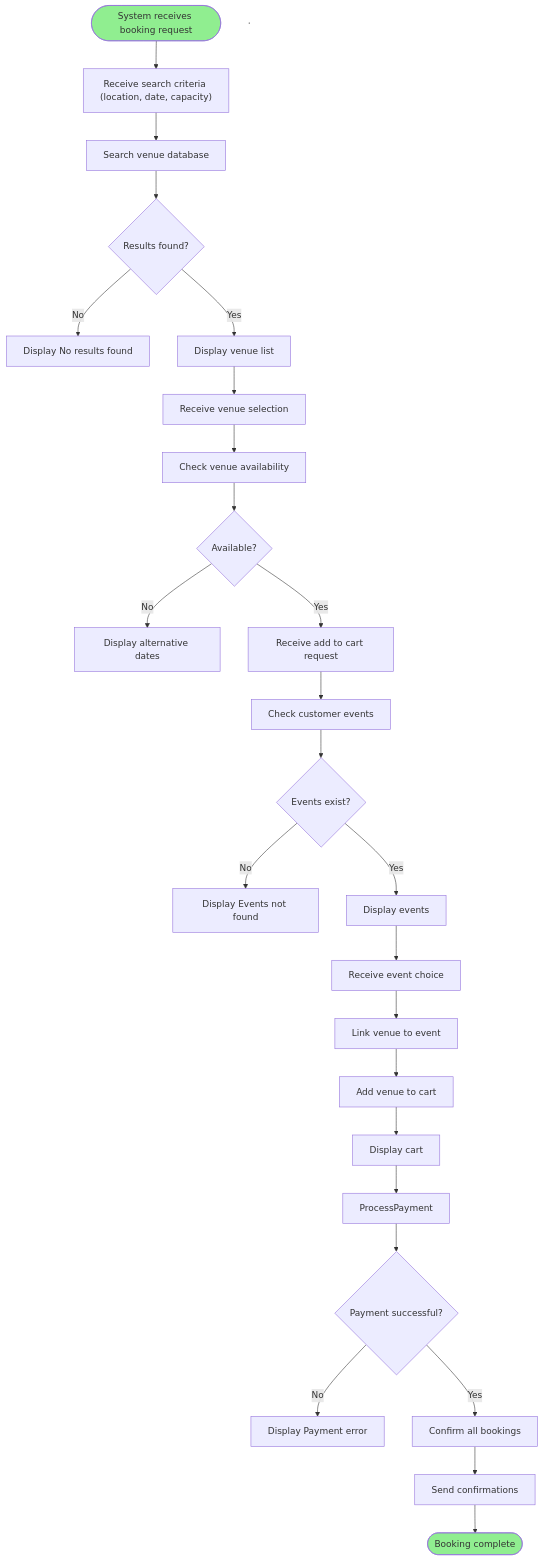
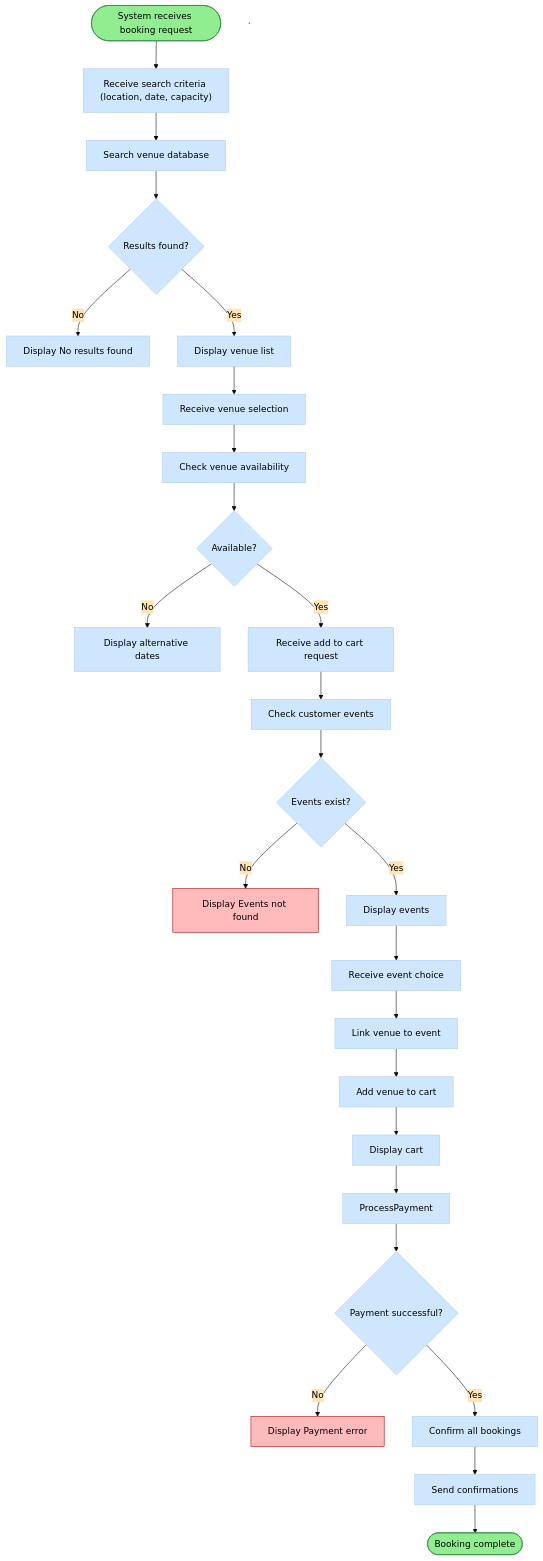
Before and after one commit to joue-zero/grad-project: the diagram in Venue_booking/Activity_Diagrame/venue_booking_activity_final.mmd, drawn with Mermaid. The commit also changed 66 other files, not shown here.

```diff
--- a/Venue_booking/Activity_Diagrame/venue_booking_activity_final.mmd
+++ b/Venue_booking/Activity_Diagrame/venue_booking_activity_final.mmd
@@ -1,30 +1,36 @@
+%%{ init: { 'theme': 'base', 'flowchart': { 'fontSize': 25 }, 'themeVariables': { 'primaryColor': '#CEE7FF', 'secondaryColor': '#FFE5B4', 'tertiaryColor': '#E2F0CB', 'primaryTextColor': '#000000' } } }%%
 flowchart TD
     Start(["System receives booking request"]) --> ReceiveSearch["Receive search criteria (location, date, capacity)"]
     ReceiveSearch --> SearchVenues["Search venue database"]
     SearchVenues --> HasResults{"Results found?"}
     HasResults -- No --> NoResults["Display No results found"]
     HasResults -- Yes --> DisplayVenues["Display venue list"]
     DisplayVenues --> ReceiveSelection["Receive venue selection"]
     ReceiveSelection --> CheckAvailability["Check venue availability"]
     CheckAvailability --> IsAvailable{"Available?"}
     IsAvailable -- No --> DisplayAlternatives["Display alternative dates"]
     IsAvailable -- Yes --> ReceiveAddToCart["Receive add to cart request"]
     ReceiveAddToCart --> CheckCustomerEvents["Check customer events"]
     CheckCustomerEvents --> HasEvents{"Events exist?"}
     HasEvents -- No --> EventsNotFound["Display Events not found"]
     HasEvents -- Yes --> DisplayEventOptions["Display events"]
     DisplayEventOptions --> ReceiveEventChoice["Receive event choice"]
     ReceiveEventChoice --> LinkToEvent["Link venue to event"]
     LinkToEvent --> AddToCart["Add venue to cart"]
     AddToCart --> DisplayCart["Display cart"]
     DisplayCart --> ProcessPayment
     ProcessPayment --> PaymentResult{"Payment successful?"}
     PaymentResult -- No --> PaymentError["Display Payment error"]
     PaymentResult -- Yes --> ConfirmBookings["Confirm all bookings"]
     ConfirmBookings --> SendConfirmations["Send confirmations"]
     SendConfirmations --> Success(["Booking complete"])
     n1["Anchor"]
 
     n1@{ shape: anchor}
     style Start fill:#90EE90
     style Success fill:#90EE90      
+
+classDef success fill:#A1D99B,stroke:#2E8540,color:#000000
+classDef error fill:#FBB,stroke:#AA0000,color:#000000
+class Start,Success success
+class PaymentError,EventsNotFound error
```
